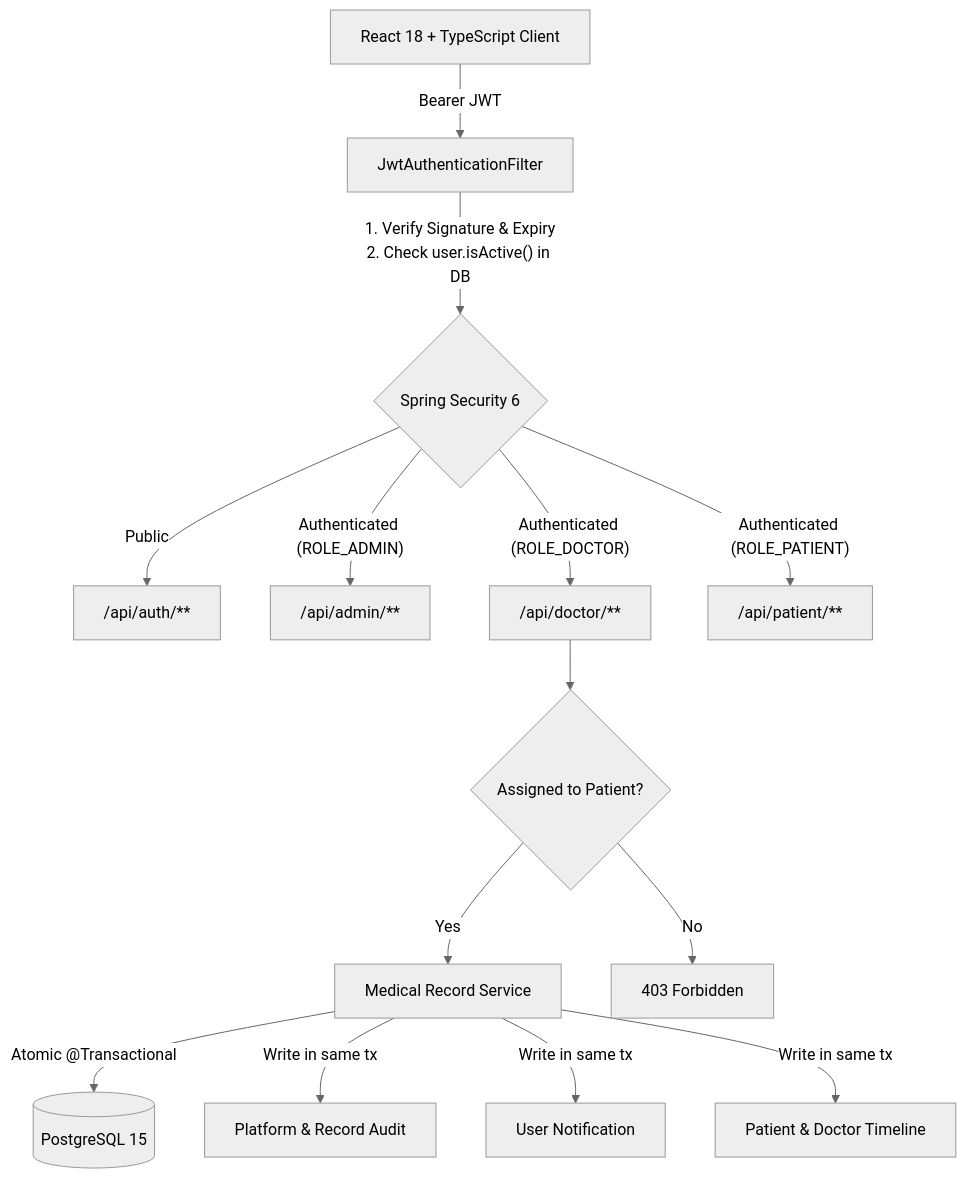
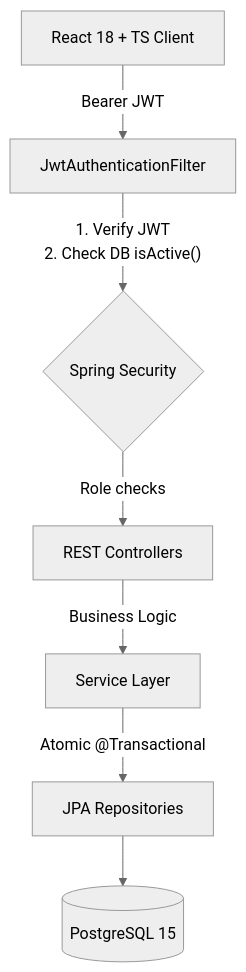
Before and after one commit to 0-YuvrajSingh/MedVault: the first of 2 diagrams in README.md, drawn with Mermaid (neutral theme). The commit also changed other lines of this file, not shown here.

Commit message:
docs: update README to enhance project overview, key features, and architecture details

````diff
--- a/README.md
+++ b/README.md
@@ -20,18 +29,9 @@
 ```mermaid
 flowchart TB
-    Client["React 18 + TypeScript Client"] -->|"Bearer JWT"| Filter["JwtAuthenticationFilter"]
-    Filter -->|"1. Verify Signature & Expiry\n2. Check user.isActive() in DB"| Security{"Spring Security 6"}
-    Security -->|"Public"| AuthController["/api/auth/**"]
-    Security -->|"Authenticated (ROLE_ADMIN)"| AdminAPI["/api/admin/**"]
-    Security -->|"Authenticated (ROLE_DOCTOR)"| DoctorAPI["/api/doctor/**"]
-    Security -->|"Authenticated (ROLE_PATIENT)"| PatientAPI["/api/patient/**"]
-    
-    DoctorAPI --> AssignmentCheck{"Assigned to Patient?"}
-    AssignmentCheck -->|"Yes"| RecordService["Medical Record Service"]
-    AssignmentCheck -->|"No"| Forbidden["403 Forbidden"]
-    
-    RecordService -->|"Atomic @Transactional"| DB[("PostgreSQL 15")]
-    RecordService -->|"Write in same tx"| AuditLog["Platform & Record Audit"]
-    RecordService -->|"Write in same tx"| Notifications["User Notification"]
-    RecordService -->|"Write in same tx"| Timeline["Patient & Doctor Timeline"]
+    Client["React 18 + TS Client"] -->|"Bearer JWT"| Filter["JwtAuthenticationFilter"]
+    Filter -->|"1. Verify JWT\n2. Check DB isActive()"| Security{"Spring Security"}
+    Security -->|"Role checks"| Controllers["REST Controllers"]
+    Controllers -->|"Business Logic"| Services["Service Layer"]
+    Services -->|"Atomic @Transactional"| Repositories["JPA Repositories"]
+    Repositories --> DB[("PostgreSQL 15")]
 ```
````
